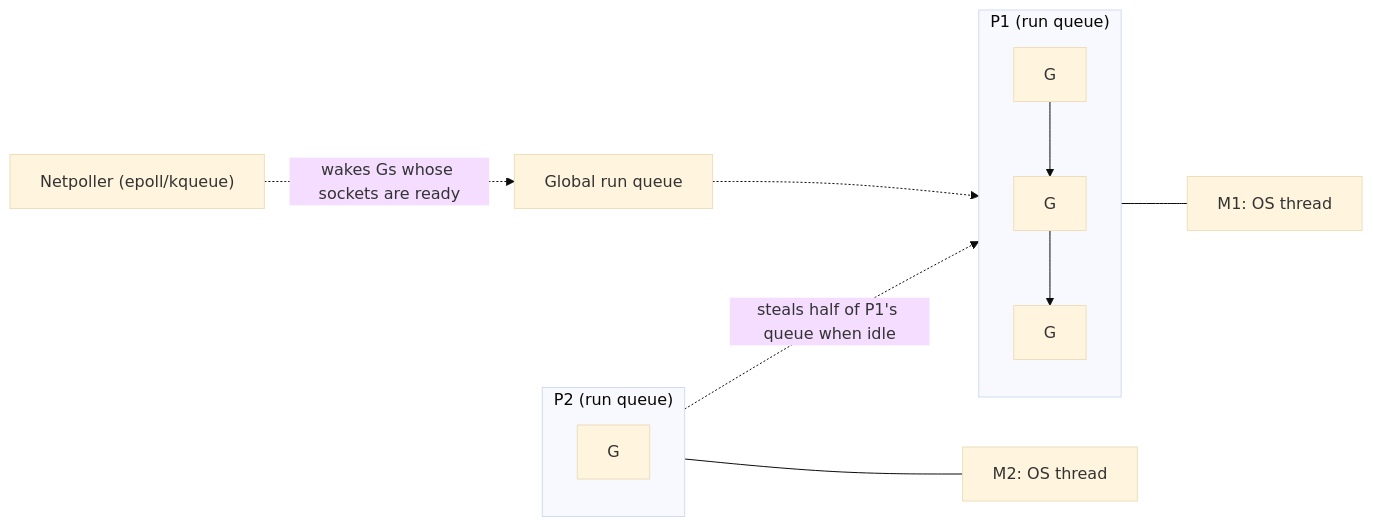
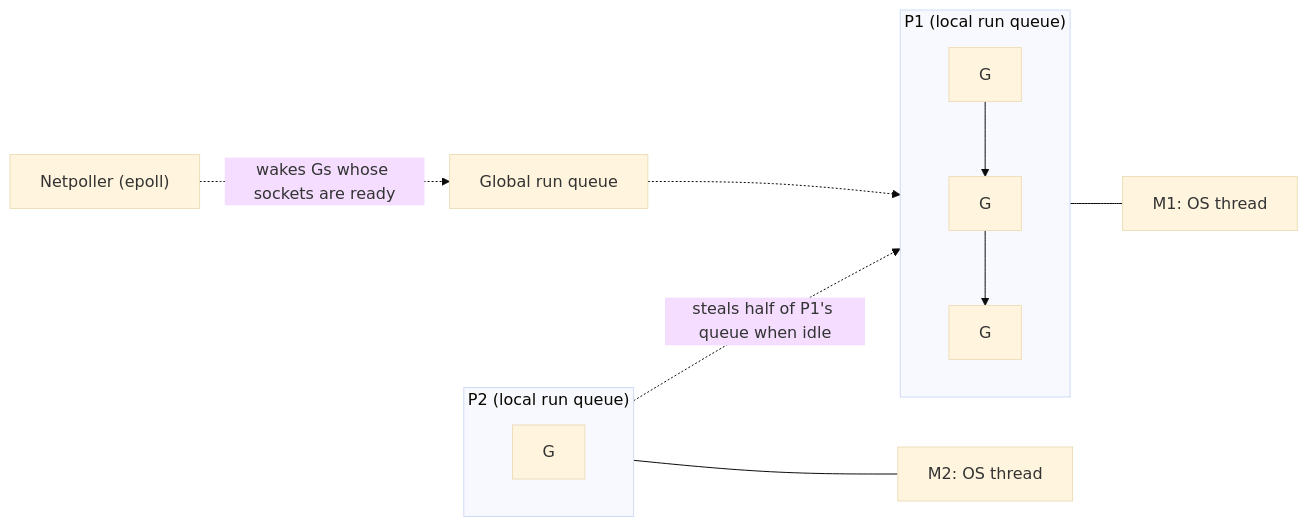
The diagram in content/tracks/13-senior-craft/02-languages-for-senior-engineers/02-go-essentials.md (thull32/ascend), drawn with Mermaid (base theme) before and after one commit. The commit also changed other lines of this file and 14 other files, not shown here.

````diff
--- a/content/tracks/13-senior-craft/02-languages-for-senior-engineers/02-go-essentials.md
+++ b/content/tracks/13-senior-craft/02-languages-for-senior-engineers/02-go-essentials.md
@@ -23,14 +29,14 @@
 ```mermaid
 flowchart LR
-    subgraph P1["P1 (run queue)"]
+    subgraph P1["P1 (local run queue)"]
         G1[G] --> G2[G] --> G3[G]
     end
-    subgraph P2["P2 (run queue)"]
+    subgraph P2["P2 (local run queue)"]
         G4[G]
     end
     P1 --- M1["M1: OS thread"]
     P2 --- M2["M2: OS thread"]
     GQ["Global run queue"] -.-> P1
     P2 -. "steals half of P1's queue when idle" .-> P1
-    NP["Netpoller (epoll/kqueue)"] -. "wakes Gs whose sockets are ready" .-> GQ
+    NP["Netpoller (epoll)"] -. "wakes Gs whose sockets are ready" .-> GQ
 ```
````
